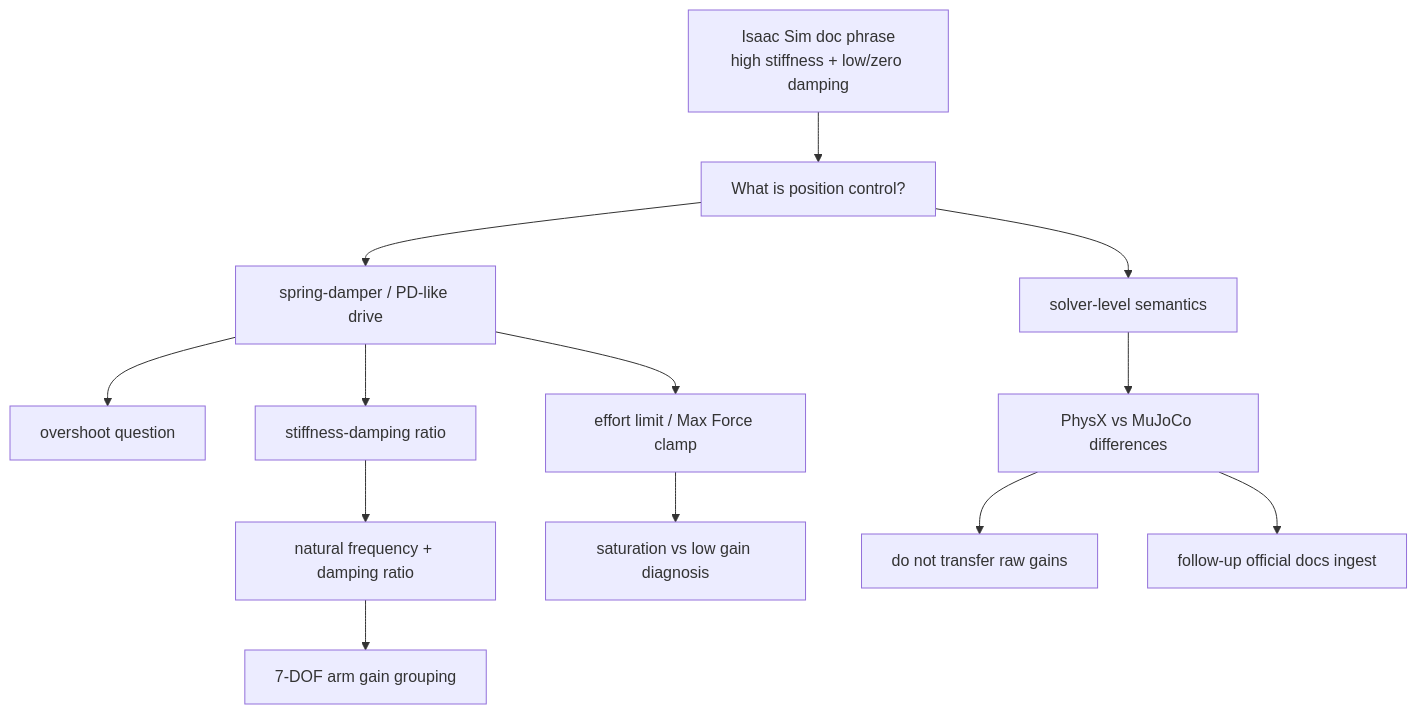
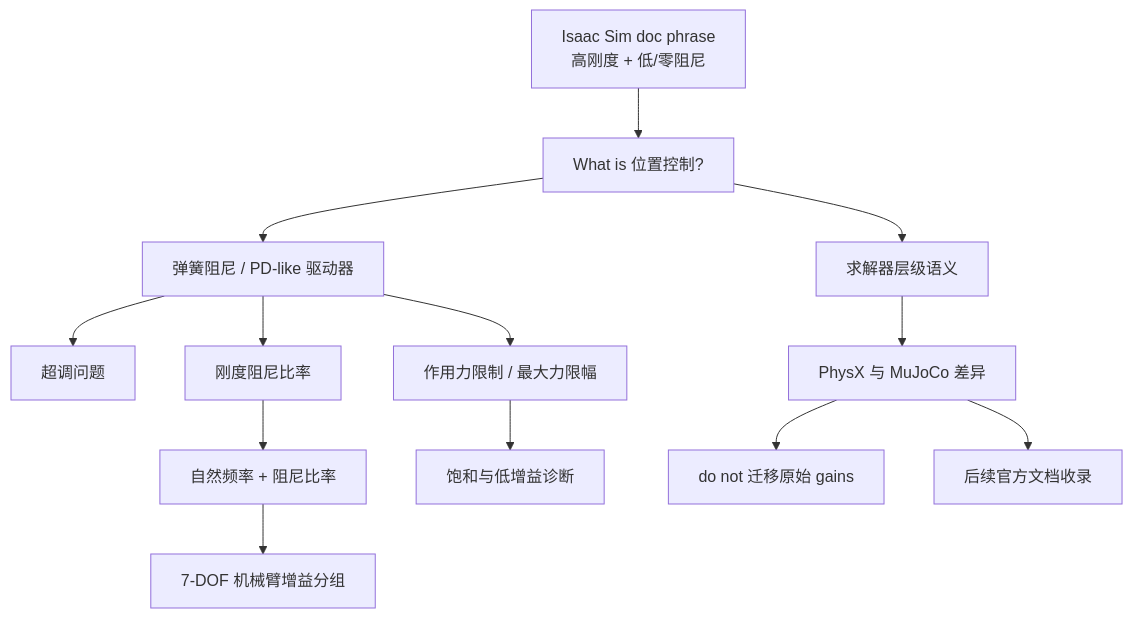
Before and after one commit to niuverse/llm-wiki: the diagram in wiki/syntheses/isaac-sim-mujoco-control-tuning-notes.md, drawn with Mermaid. The commit also changed other lines of this file and 123 other files, not shown here.

````diff
--- a/wiki/syntheses/isaac-sim-mujoco-control-tuning-notes.md
+++ b/wiki/syntheses/isaac-sim-mujoco-control-tuning-notes.md
@@ -31,15 +31,15 @@
 ```mermaid
 flowchart TD
-  A["Isaac Sim doc phrase<br/>high stiffness + low/zero damping"] --> B["What is position control?"]
-  B --> C["spring-damper / PD-like drive"]
-  C --> D["overshoot question"]
-  C --> E["effort limit / Max Force clamp"]
-  C --> F["stiffness-damping ratio"]
-  F --> G["natural frequency + damping ratio"]
-  E --> H["saturation vs low gain diagnosis"]
-  G --> I["7-DOF arm gain grouping"]
-  B --> J["solver-level semantics"]
-  J --> K["PhysX vs MuJoCo differences"]
-  K --> L["do not transfer raw gains"]
-  K --> M["follow-up official docs ingest"]
+  A["Isaac Sim doc phrase<br/>高刚度 + 低/零阻尼"] --> B["What is 位置控制?"]
+  B --> C["弹簧阻尼 / PD-like 驱动器"]
+  C --> D["超调问题"]
+  C --> E["作用力限制 / 最大力限幅"]
+  C --> F["刚度阻尼比率"]
+  F --> G["自然频率 + 阻尼比率"]
+  E --> H["饱和与低增益诊断"]
+  G --> I["7-DOF 机械臂增益分组"]
+  B --> J["求解器层级语义"]
+  J --> K["PhysX 与 MuJoCo 差异"]
+  K --> L["do not 迁移原始 gains"]
+  K --> M["后续官方文档收录"]
 ```
````
